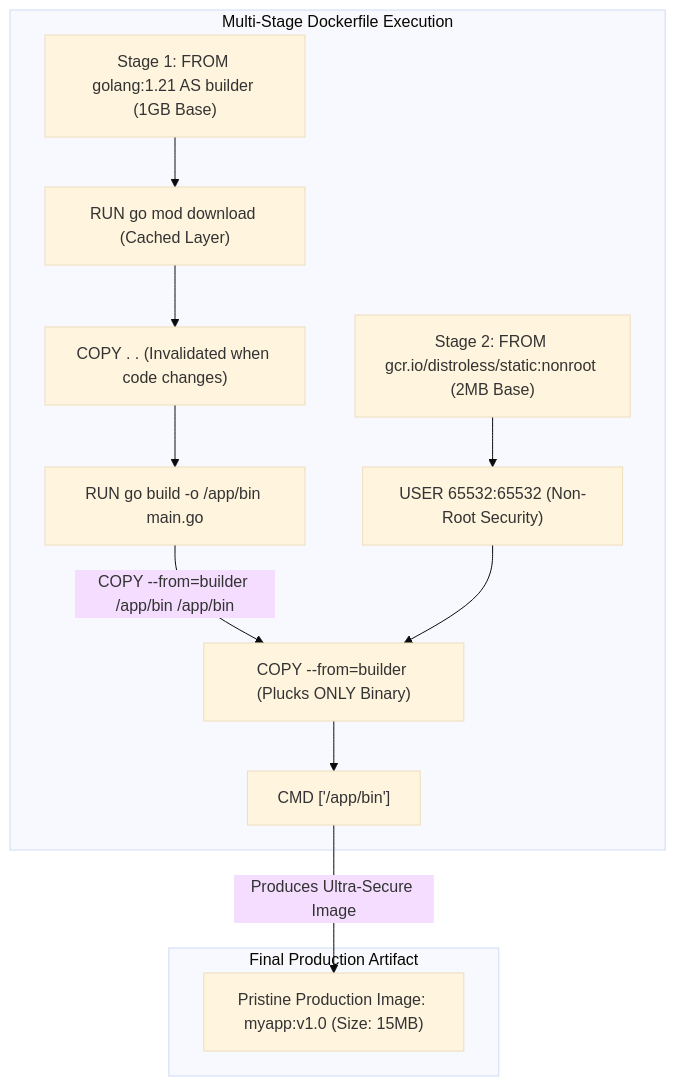
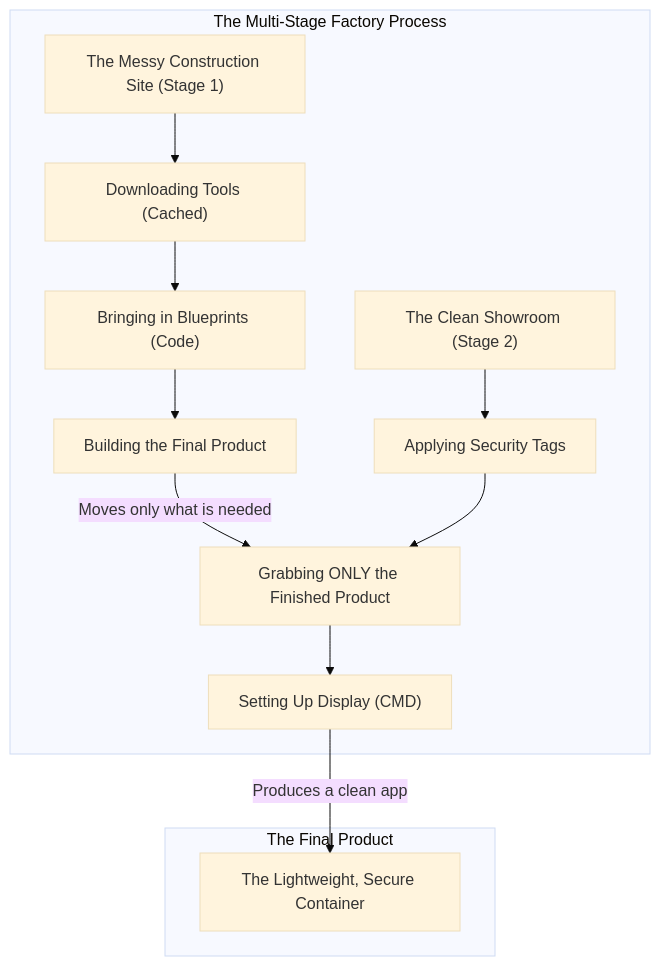
Before and after one commit to aloysiuspattath/platform-engineering-ai-course: the diagram in website/pages/modules/module-06/lesson-02.md, drawn with Mermaid (base theme). The commit also changed other lines of this file and 56 other files, not shown here.

Commit message:
refactor: simplify all architecture diagrams and explanations to layman's terms via AI subagent swarm

````diff
--- a/website/pages/modules/module-06/lesson-02.md
+++ b/website/pages/modules/module-06/lesson-02.md
@@ -105,17 +106,17 @@
 ```mermaid
 flowchart TD
-    subgraph MultiStageDockerfile [Multi-Stage Dockerfile Execution]
-        B_FROM["Stage 1: FROM golang:1.21 AS builder (1GB Base)"] --> B_RUN["RUN go mod download (Cached Layer)"]
-        B_RUN --> B_COPY["COPY . . (Invalidated when code changes)"]
-        B_COPY --> B_BUILD["RUN go build -o /app/bin main.go"]
+    subgraph MultiStageDockerfile [The Multi-Stage Factory Process]
+        B_FROM["The Messy Construction Site (Stage 1)"] --> B_RUN["Downloading Tools (Cached)"]
+        B_RUN --> B_COPY["Bringing in Blueprints (Code)"]
+        B_COPY --> B_BUILD["Building the Final Product"]
 
-        P_FROM["Stage 2: FROM gcr.io/distroless/static:nonroot (2MB Base)"] --> P_USER["USER 65532:65532 (Non-Root Security)"]
-        B_BUILD -->|COPY --from=builder /app/bin /app/bin| P_COPY["COPY --from=builder (Plucks ONLY Binary)"]
+        P_FROM["The Clean Showroom (Stage 2)"] --> P_USER["Applying Security Tags"]
+        B_BUILD -->|Moves only what is needed| P_COPY["Grabbing ONLY the Finished Product"]
         P_USER --> P_COPY
-        P_COPY --> P_CMD["CMD ['/app/bin']"]
+        P_COPY --> P_CMD["Setting Up Display (CMD)"]
     end
 
-    subgraph FinalProductionImage [Final Production Artifact]
-        P_CMD -->|Produces Ultra-Secure Image| IMAGE["Pristine Production Image: myapp:v1.0 (Size: 15MB)"]
+    subgraph FinalProductionImage [The Final Product]
+        P_CMD -->|Produces a clean app| IMAGE["The Lightweight, Secure Container"]
     end
 ```
````
